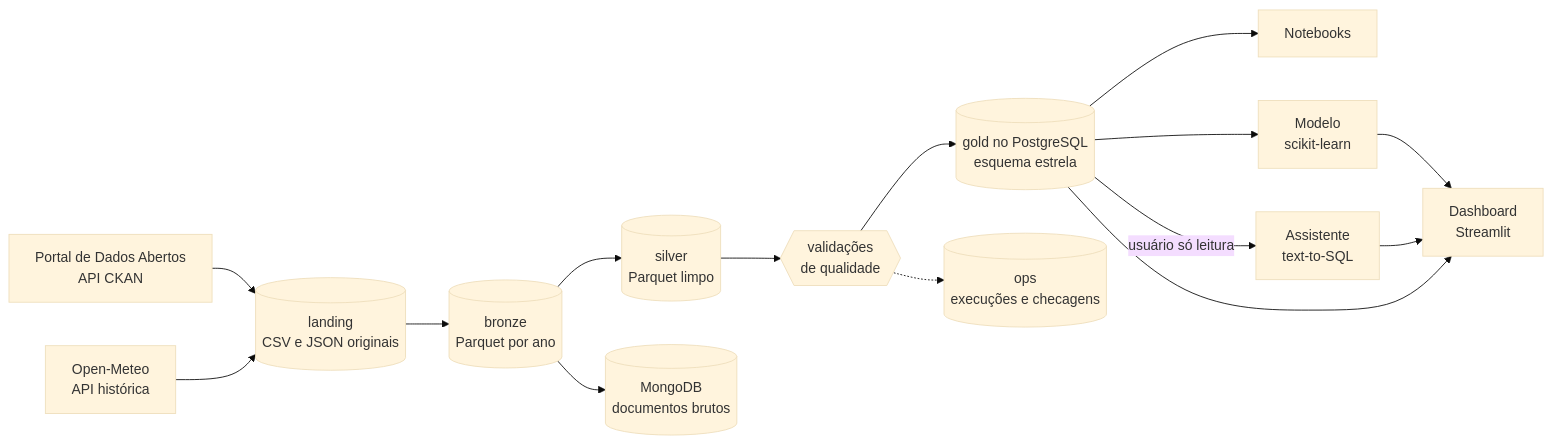
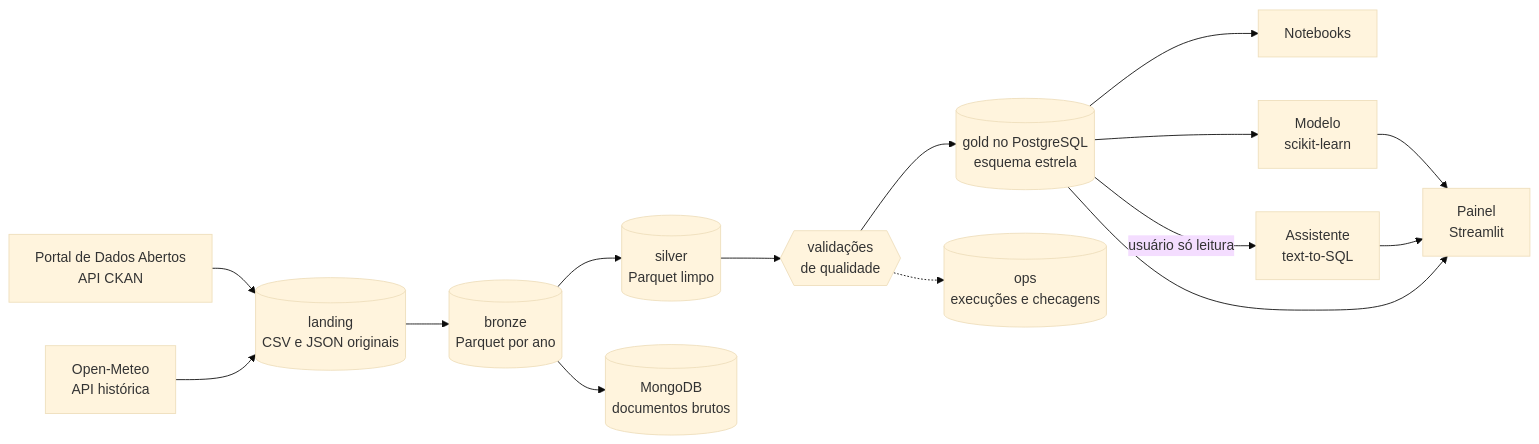
Before and after one commit to nogsposito/recife-156: the first of 2 diagrams in README.md, drawn with Mermaid (base theme). The commit also changed other lines of this file and 21 other files, not shown here.

````diff
--- a/README.md
+++ b/README.md
@@ -44,17 +69,17 @@
 ```mermaid
 flowchart LR
     A[Portal de Dados Abertos<br/>API CKAN] --> L[(landing<br/>CSV e JSON originais)]
     W[Open-Meteo<br/>API histórica] --> L
     L --> B[(bronze<br/>Parquet por ano)]
     B --> S[(silver<br/>Parquet limpo)]
     S --> Q{{validações<br/>de qualidade}}
     Q --> G[(gold no PostgreSQL<br/>esquema estrela)]
     Q -.-> O[(ops<br/>execuções e checagens)]
     B --> MG[(MongoDB<br/>documentos brutos)]
     G --> N[Notebooks]
     G --> M[Modelo<br/>scikit-learn]
     G -->|usuário só leitura| AI[Assistente<br/>text-to-SQL]
-    M --> D[Dashboard<br/>Streamlit]
+    M --> D[Painel<br/>Streamlit]
     AI --> D
     G --> D
 ```
````
